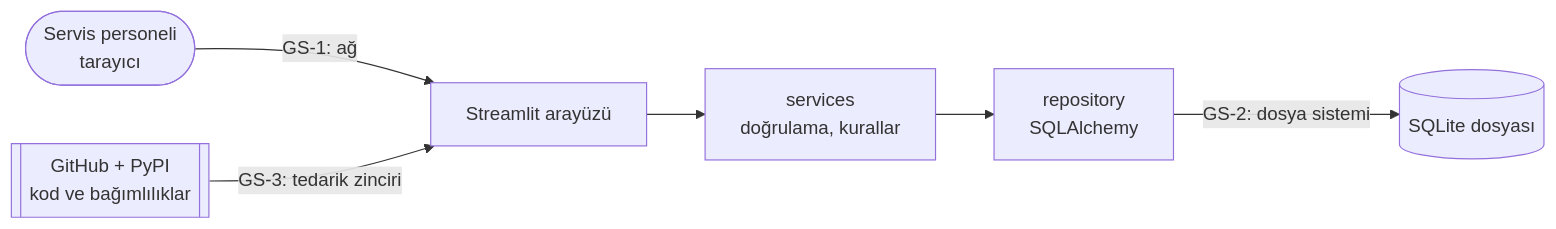
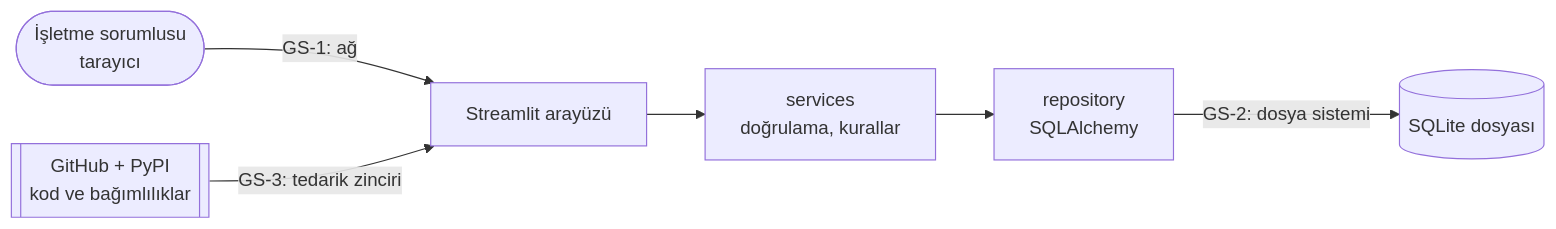
Before and after one commit to servisflow/servisflow: the diagram in docs/Faz2_Raporu.md, drawn with Mermaid. The commit also changed other lines of this file and 1 other file, not shown here.

First line of the commit message:
Aktör netleştirildi: tek kullanıcı işletme sorumlusu, ustalar sisteme girmez

````diff
--- a/docs/Faz2_Raporu.md
+++ b/docs/Faz2_Raporu.md
@@ -245,8 +245,8 @@
 ```mermaid
 flowchart LR
-    U([Servis personeli<br/>tarayıcı]) -- "GS-1: ağ" --> UI[Streamlit arayüzü]
+    U([İşletme sorumlusu<br/>tarayıcı]) -- "GS-1: ağ" --> UI[Streamlit arayüzü]
     UI --> SV[services<br/>doğrulama, kurallar]
     SV --> RP[repository<br/>SQLAlchemy]
     RP -- "GS-2: dosya sistemi" --> DB[(SQLite dosyası)]
     GH[[GitHub + PyPI<br/>kod ve bağımlılıklar]] -- "GS-3: tedarik zinciri" --> UI
 ```
````
